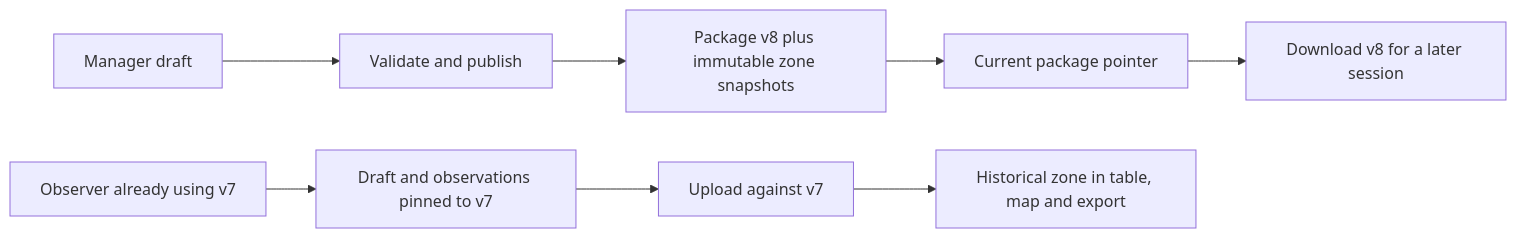
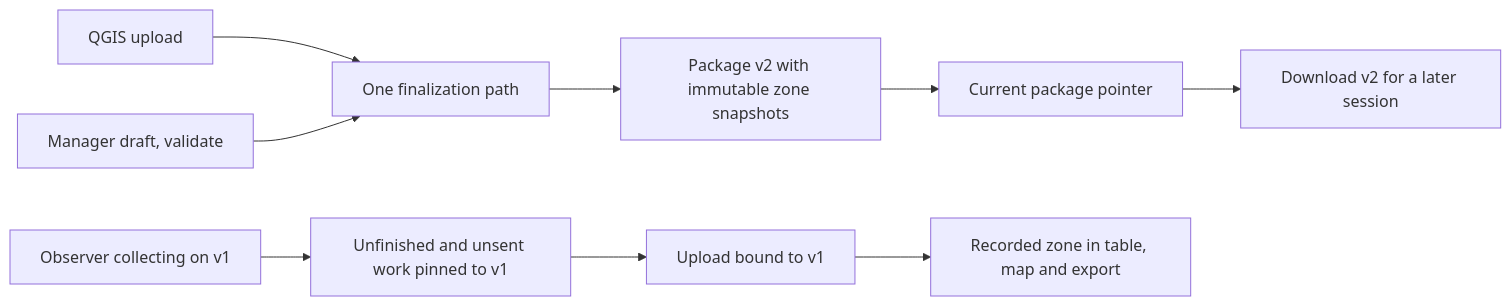
The diagram in docs/plan/zone-boundaries/README.md (Audit-Tools-DECA-Lab-Cornell/deca-mark), drawn with Mermaid before and after one commit. The commit also changed other lines of this file and 140 other files, not shown here.

Commit message:
Implement offline package retention and GIS zone projections

````diff
--- a/docs/plan/zone-boundaries/README.md
+++ b/docs/plan/zone-boundaries/README.md
@@ -42,10 +44,11 @@
 ```mermaid
 flowchart LR
-  A[Manager draft] --> B[Validate and publish]
-  B --> C[Package v8 plus immutable zone snapshots]
-  C --> D[Current package pointer]
-  E[Observer already using v7] --> F[Draft and observations pinned to v7]
-  F --> G[Upload against v7]
-  G --> H[Historical zone in table, map and export]
-  D --> I[Download v8 for a later session]
+  U[QGIS upload] --> F[One finalization path]
+  D[Manager draft, validate] --> F
+  F --> C[Package v2 with immutable zone snapshots]
+  C --> P[Current package pointer]
+  O[Observer collecting on v1] --> K[Unfinished and unsent work pinned to v1]
+  K --> L[Upload bound to v1]
+  L --> H[Recorded zone in table, map and export]
+  P --> N[Download v2 for a later session]
 ```
````
